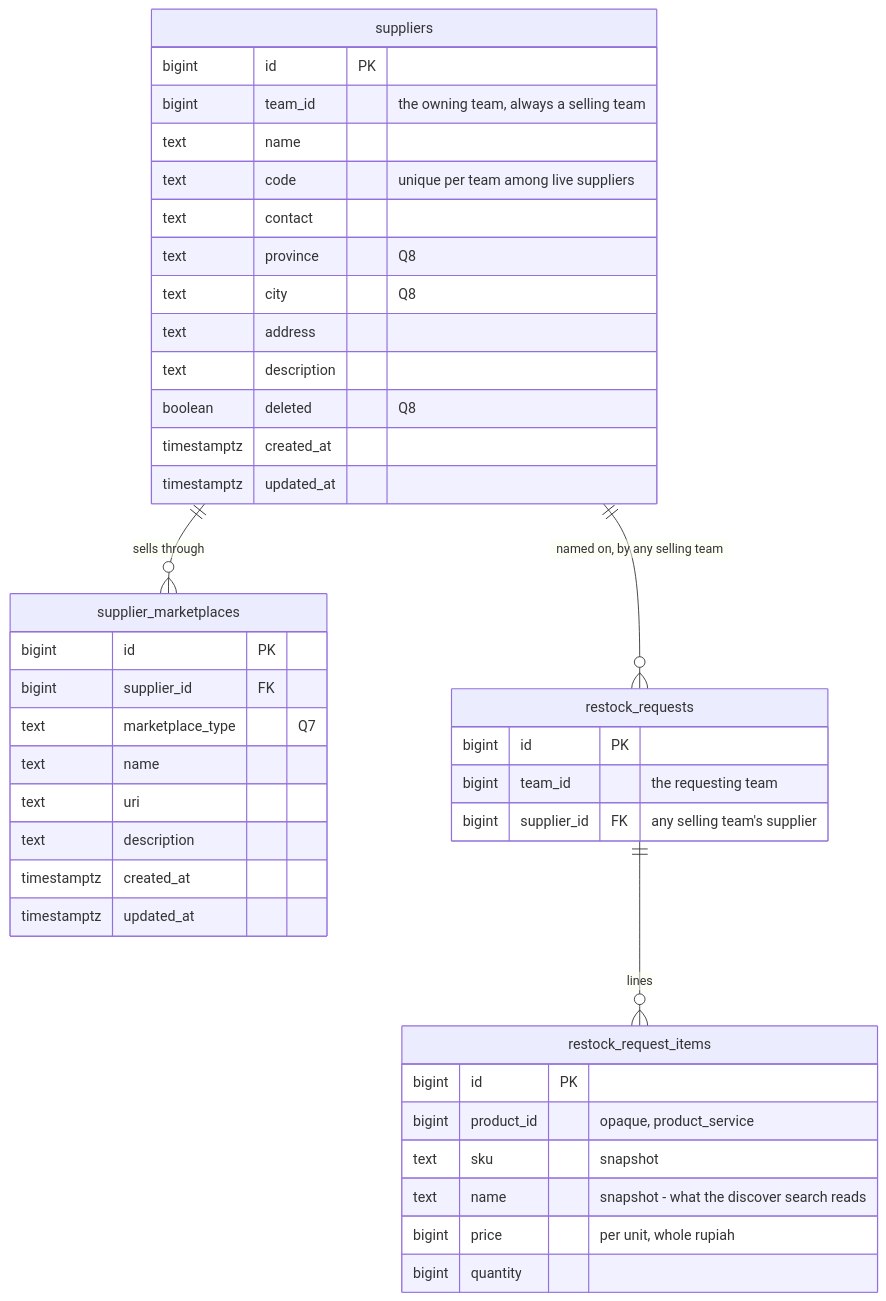
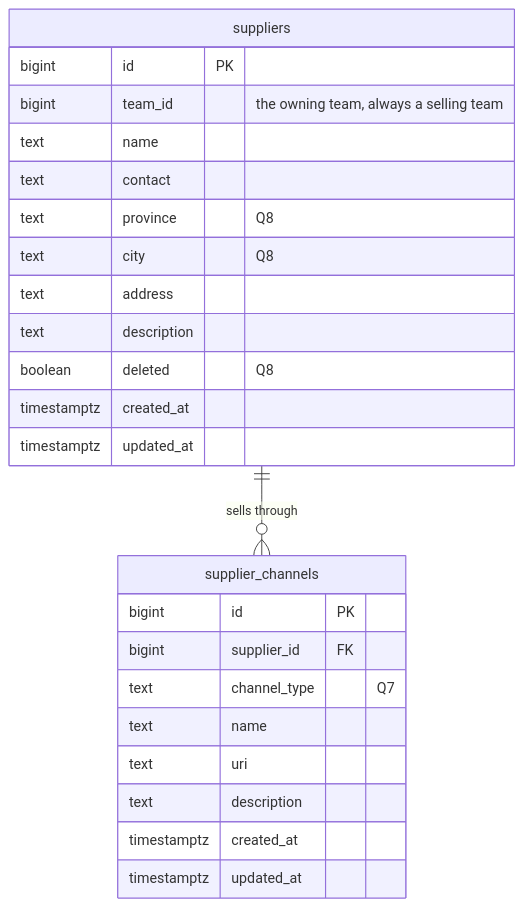
One commit to pdcgo/warehouse_revamp changed the second of 5 diagrams in docs/business/supplier/context_clarify.md. Above: the diagram before and after it, drawn with Mermaid. The commit also changed other lines of this file and 2 other files, not shown here.

First line of the commit message:
supplier: the fourth edit - no code, products per channel, the linking parked for CRUD first

````diff
--- a/docs/business/supplier/context_clarify.md
+++ b/docs/business/supplier/context_clarify.md
@@ -78,43 +70,27 @@
 ```mermaid
 erDiagram
-  suppliers ||--o{ supplier_marketplaces : "sells through"
-  suppliers ||--o{ restock_requests : "named on, by any selling team"
+  suppliers ||--o{ supplier_channels : "sells through"
   suppliers {
     bigint id PK
     bigint team_id "the owning team, always a selling team"
     text name
-    text code "unique per team among live suppliers"
     text contact
     text province "Q8"
     text city "Q8"
     text address
     text description
     boolean deleted "Q8"
     timestamptz created_at
     timestamptz updated_at
   }
-  supplier_marketplaces {
+  supplier_channels {
     bigint id PK
     bigint supplier_id FK
-    text marketplace_type "Q7"
+    text channel_type "Q7"
     text name
     text uri
     text description
     timestamptz created_at
     timestamptz updated_at
   }
-  restock_requests ||--o{ restock_request_items : "lines"
-  restock_requests {
-    bigint id PK
-    bigint team_id "the requesting team"
-    bigint supplier_id FK "any selling team's supplier"
-  }
-  restock_request_items {
-    bigint id PK
-    bigint product_id "opaque, product_service"
-    text sku "snapshot"
-    text name "snapshot - what the discover search reads"
-    bigint price "per unit, whole rupiah"
-    bigint quantity
-  }
 ```
````
